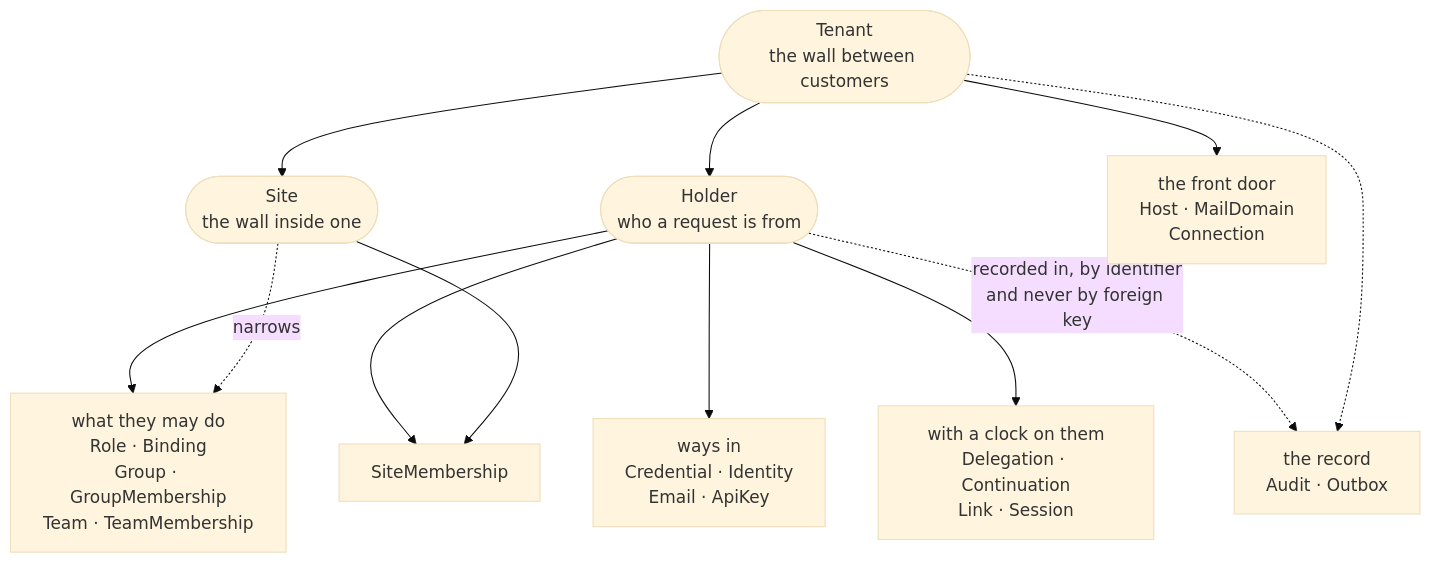
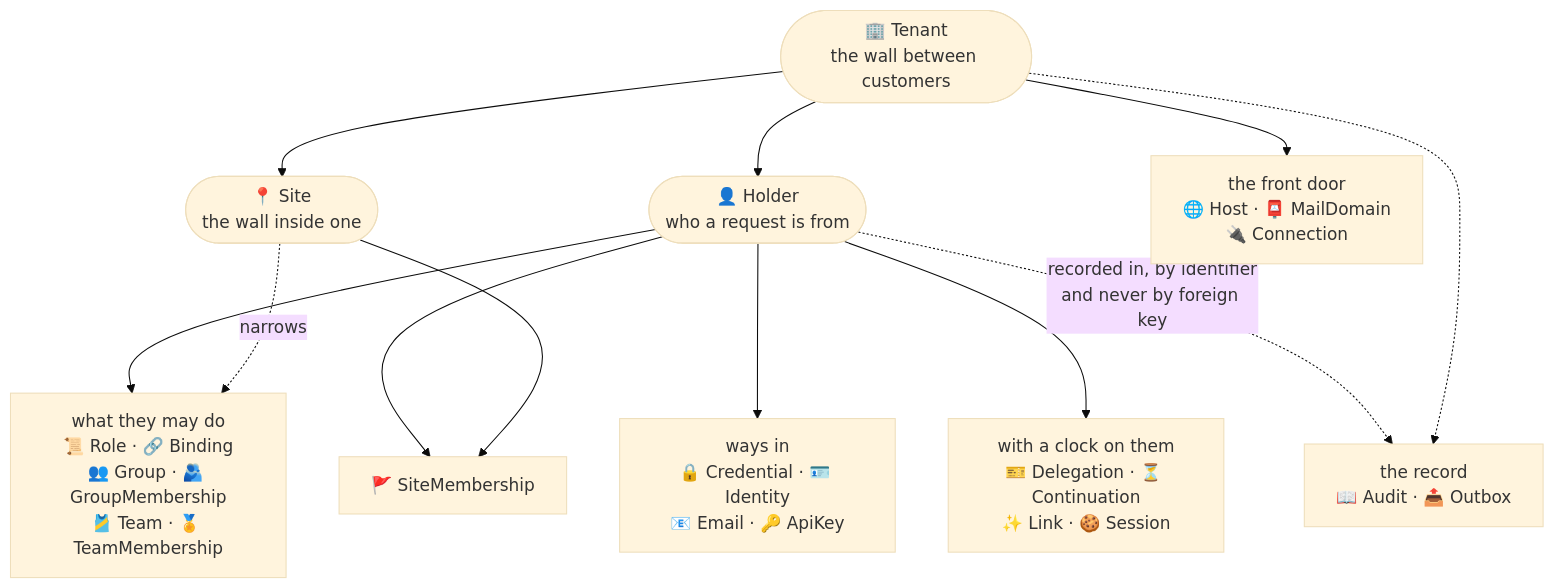
The first of 7 diagrams in docs/entity.md (lesomnus/roster), drawn with Mermaid (base theme) before and after one commit. The commit also changed other lines of this file and 16 other files, not shown here.

````diff
--- a/docs/entity.md
+++ b/docs/entity.md
@@ -18,26 +37,26 @@
 ```mermaid
 flowchart TB
-  T(["Tenant<br/>the wall between customers"])
-  S(["Site<br/>the wall inside one"])
-  H(["Holder<br/>who a request is from"])
+  T(["🏢 Tenant<br/>the wall between customers"])
+  S(["📍 Site<br/>the wall inside one"])
+  H(["👤 Holder<br/>who a request is from"])
 
   T --> S
   T --> H
 
-  W["ways in<br/>Credential · Identity<br/>Email · ApiKey"]
-  B["with a clock on them<br/>Delegation · Continuation<br/>Link · Session"]
-  M["what they may do<br/>Role · Binding<br/>Group · GroupMembership<br/>Team · TeamMembership"]
-  F["the front door<br/>Host · MailDomain<br/>Connection"]
-  R["the record<br/>Audit · Outbox"]
-  SM["SiteMembership"]
+  W["ways in<br/>🔒 Credential · 🪪 Identity<br/>📧 Email · 🔑 ApiKey"]
+  B["with a clock on them<br/>🎫 Delegation · ⏳ Continuation<br/>✨ Link · 🍪 Session"]
+  M["what they may do<br/>📜 Role · 🔗 Binding<br/>👥 Group · 🫂 GroupMembership<br/>🎽 Team · 🏅 TeamMembership"]
+  F["the front door<br/>🌐 Host · 📮 MailDomain<br/>🔌 Connection"]
+  R["the record<br/>📖 Audit · 📤 Outbox"]
+  SM["🚩 SiteMembership"]
 
   H --> W
   H --> B
   H --> M
   S -.->|narrows| M
   H --> SM
   S --> SM
   T --> F
   H -. "recorded in, by identifier<br/>and never by foreign key" .-> R
   T -.-> R
 ```
````
